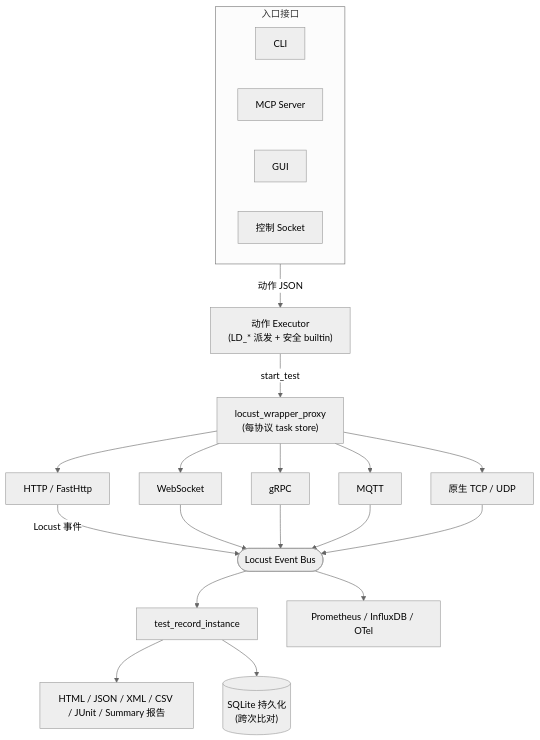
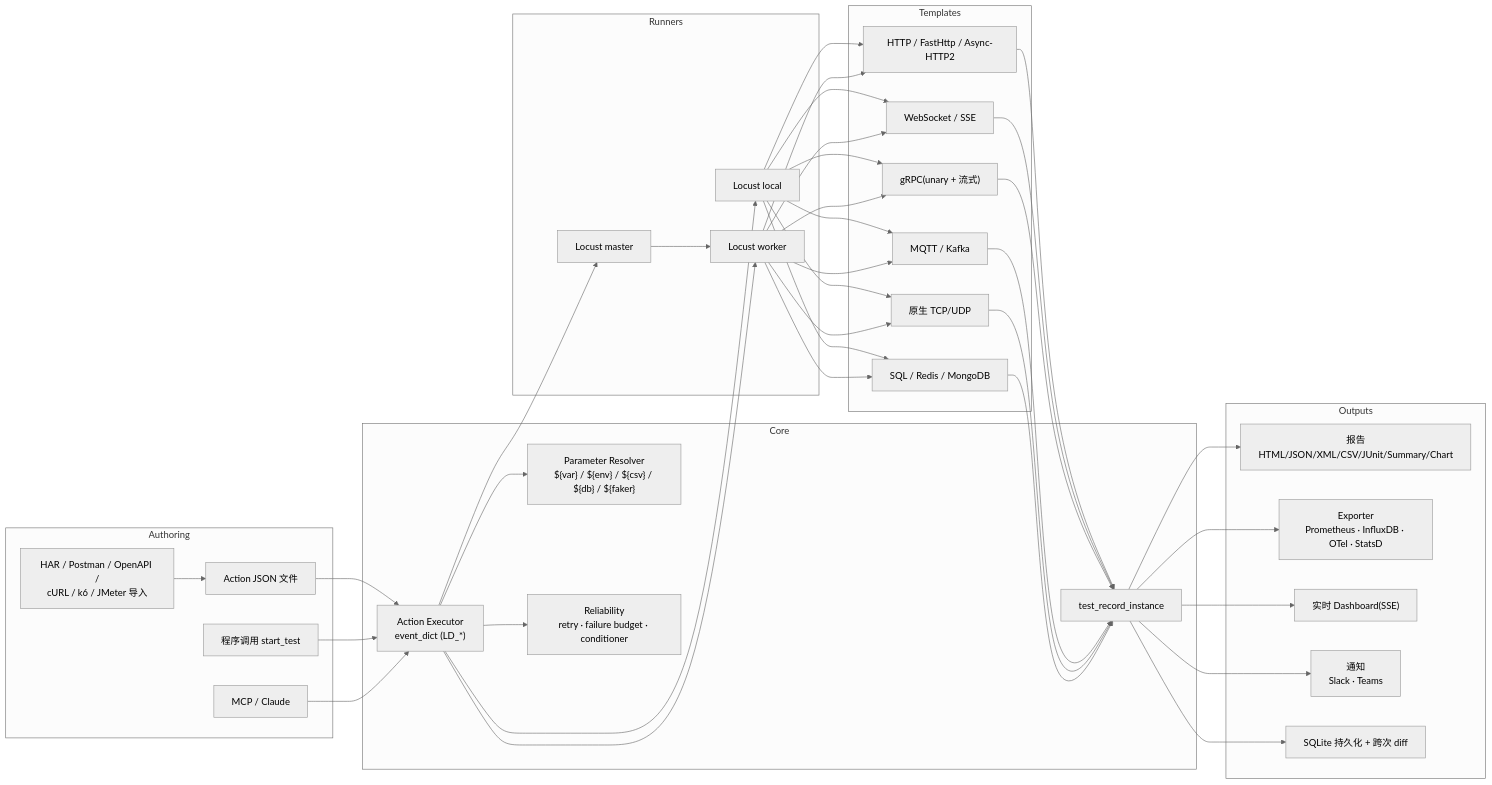
Before and after one commit to Integration-Automation/LoadDensity: the first of 3 diagrams in README/README_zh-CN.md, drawn with Mermaid (neutral theme). The commit also changed other lines of this file and 33 other files, not shown here.

````diff
--- a/README/README_zh-CN.md
+++ b/README/README_zh-CN.md
@@ -110,30 +144,54 @@
 ```mermaid
-flowchart TD
-    subgraph Entry["入口接口"]
-        CLI[CLI]
-        MCP[MCP Server]
-        GUI[GUI]
-        SOCK[控制 Socket]
-    end
+flowchart LR
+  subgraph Authoring
+    A1["Action JSON 文件"]
+    A2["程序调用 start_test"]
+    A3["HAR / Postman / OpenAPI /<br/>cURL / k6 / JMeter 导入"]
+    A4["MCP / Claude"]
+  end
 
-    Entry -- "动作 JSON" --> EXEC["动作 Executor<br/>(LD_* 派发 + 安全 builtin)"]
-    EXEC -- "start_test" --> WRAPPER["locust_wrapper_proxy<br/>(每协议 task store)"]
+  subgraph Core
+    EXE["Action Executor<br/>event_dict (LD_*)"]
+    RES["Parameter Resolver<br/>${var} / ${env} / ${csv} / ${db} / ${faker}"]
+    REC["test_record_instance"]
+    REL["Reliability<br/>retry · failure budget · conditioner"]
+  end
 
-    WRAPPER --> HTTP["HTTP / FastHttp"]
-    WRAPPER --> WS["WebSocket"]
-    WRAPPER --> GRPC["gRPC"]
-    WRAPPER --> MQTT["MQTT"]
-    WRAPPER --> RAW["原生 TCP / UDP"]
+  subgraph Runners
+    LOC["Locust local"]
+    MAS["Locust master"]
+    WRK["Locust worker"]
+  end
 
-    HTTP -- "Locust 事件" --> BUS([Locust Event Bus])
-    WS --> BUS
-    GRPC --> BUS
-    MQTT --> BUS
-    RAW --> BUS
+  subgraph Templates
+    HTTP["HTTP / FastHttp / Async-HTTP2"]
+    WS["WebSocket / SSE"]
+    GRPC["gRPC(unary + 流式)"]
+    MQ["MQTT / Kafka"]
+    SOCK["原生 TCP/UDP"]
+    DATA["SQL / Redis / MongoDB"]
+  end
 
-    BUS --> REC["test_record_instance"]
-    BUS --> METRICS["Prometheus / InfluxDB / OTel"]
+  subgraph Outputs
+    REP["报告<br/>HTML/JSON/XML/CSV/JUnit/Summary/Chart"]
+    EXP["Exporter<br/>Prometheus · InfluxDB · OTel · StatsD"]
+    DASH["实时 Dashboard(SSE)"]
+    NOT["通知<br/>Slack · Teams"]
+    SQL["SQLite 持久化 + 跨次 diff"]
+  end
 
-    REC --> REPORTS["HTML / JSON / XML / CSV / JUnit / Summary 报告"]
-    REC --> SQLITE[("SQLite 持久化<br/>(跨次比对)")]
+  A1 --> EXE
+  A2 --> EXE
+  A3 --> A1
+  A4 --> EXE
+  EXE --> RES
+  EXE --> REL
+  EXE --> LOC
+  EXE --> MAS
+  EXE --> WRK
+  LOC --> HTTP & WS & GRPC & MQ & SOCK & DATA
+  MAS --> WRK
+  WRK --> HTTP & WS & GRPC & MQ & SOCK & DATA
+  HTTP & WS & GRPC & MQ & SOCK & DATA --> REC
+  REC --> REP & EXP & DASH & NOT & SQL
 ```
````
